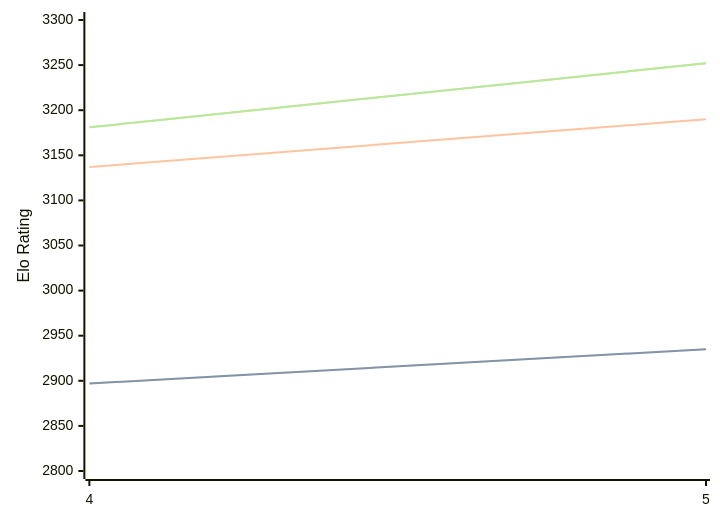
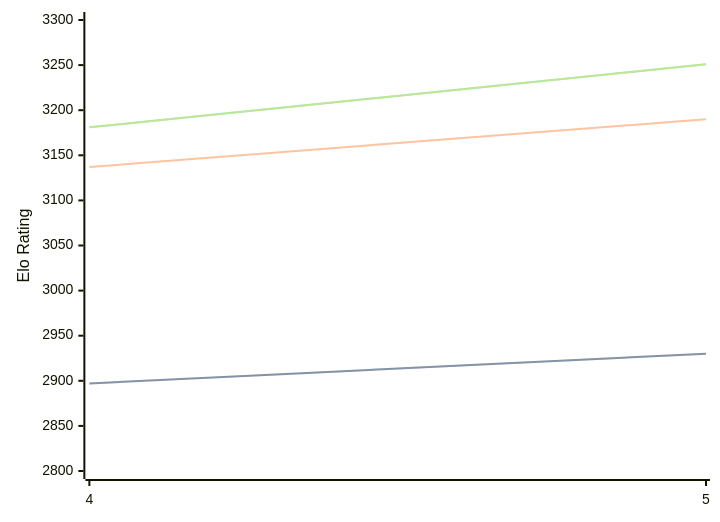
One commit to computer-chess-index/cci changed the diagram in engines/Cwtch.md. Above: the diagram before and after it, drawn with Mermaid. The commit also changed other lines of this file, not shown here.

Commit message:
Update CCI Ratings (ELO VLTC) - 2026-05-13

````diff
--- a/engines/Cwtch.md
+++ b/engines/Cwtch.md
@@ -34,11 +34,11 @@
 ```mermaid
 %%{init: {"theme":"base","themeVariables":{"seriesColors:['#a3a3a3','#222221','#faa371']}}}%%
 xychart-beta
   x-axis ["4", "5"]
   y-axis "Elo Rating" 2800 --> 3300
-  line "STC (8.0+0.08s)" [2897, 2935]
-  line "STC (8.0+0.08s)" [2897, 2935]
+  line "STC (8.0+0.08s)" [2897, 2930]
+  line "STC (8.0+0.08s)" [2897, 2930]
   line "LTC (60.0+0.60s)" [3137, 3190]
-  line "VLTC (2m24s+1.12s)" [3181, 3252]
-  line "VLTC (2m24s+1.12s)" [3181, 3252]
+  line "VLTC (2m24s+1.12s)" [3181, 3251]
+  line "VLTC (2m24s+1.12s)" [3181, 3251]
 ```
````
